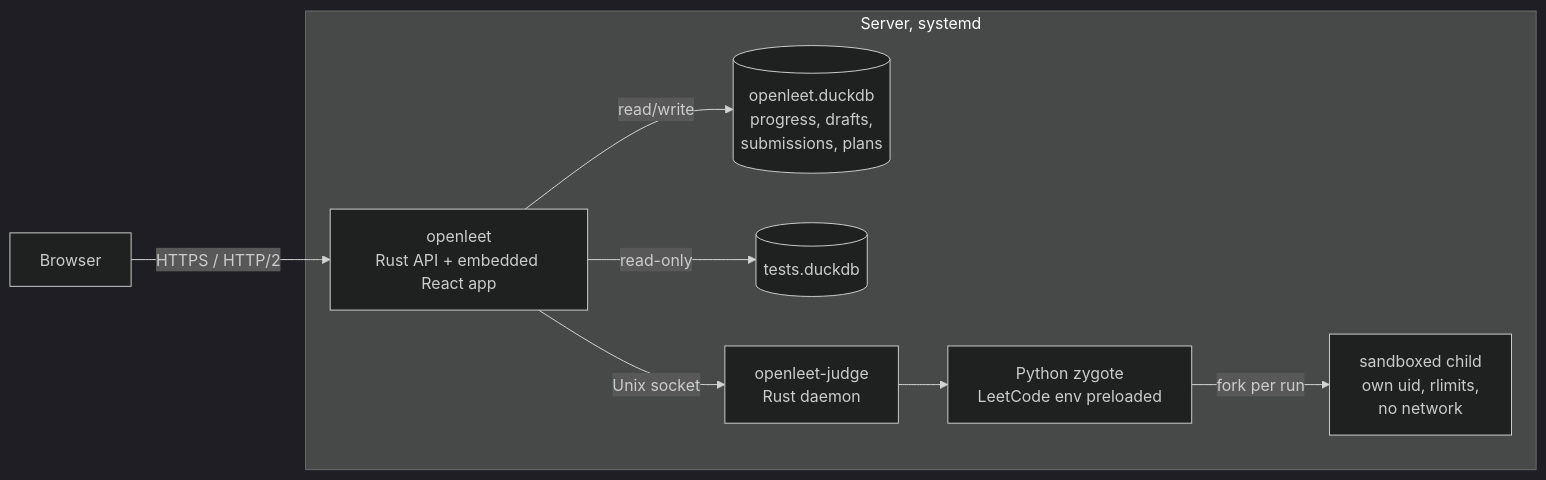
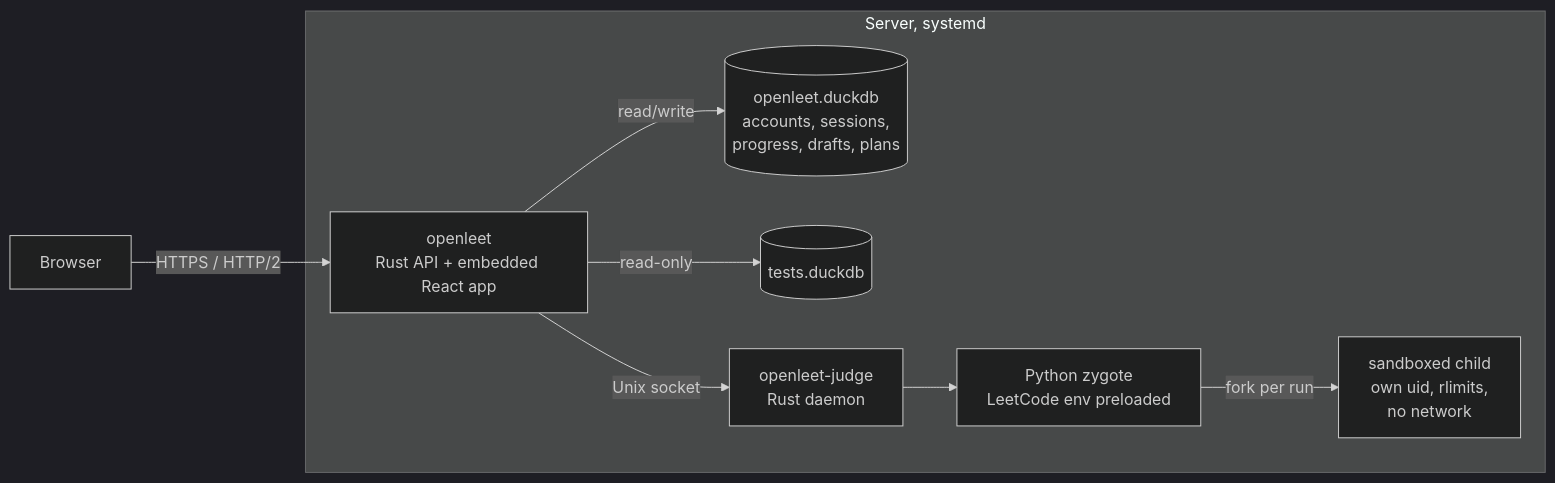
The first of 4 diagrams in docs/architecture.md (nsudhanva/openleet), drawn with Mermaid (dark theme) before and after one commit. The commit also changed other lines of this file and 4 other files, not shown here.

````diff
--- a/docs/architecture.md
+++ b/docs/architecture.md
@@ -5,12 +6,12 @@
 ```mermaid
 flowchart LR
     B[Browser] -- HTTPS / HTTP/2 --> S
     subgraph VM [Server, systemd]
         S["openleet<br/>Rust API + embedded React app"]
-        S -- read/write --> D[(openleet.duckdb<br/>progress, drafts,<br/>submissions, plans)]
+        S -- read/write --> D[(openleet.duckdb<br/>accounts, sessions,<br/>progress, drafts, plans)]
         S -- read-only --> T[(tests.duckdb)]
         S -- Unix socket --> J["openleet-judge<br/>Rust daemon"]
         J --> Z["Python zygote<br/>LeetCode env preloaded"]
         Z -- fork per run --> C["sandboxed child<br/>own uid, rlimits,<br/>no network"]
     end
 ```
````
